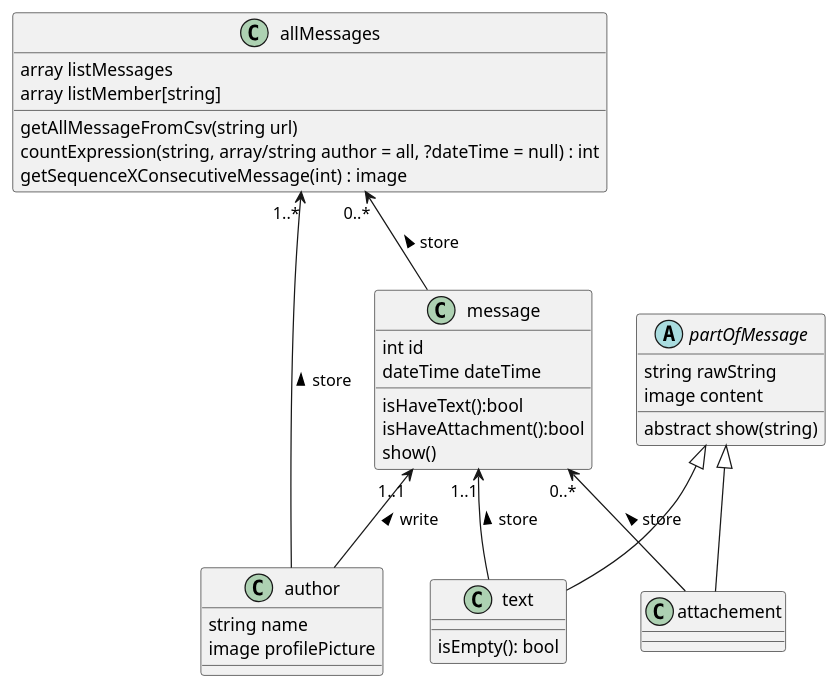
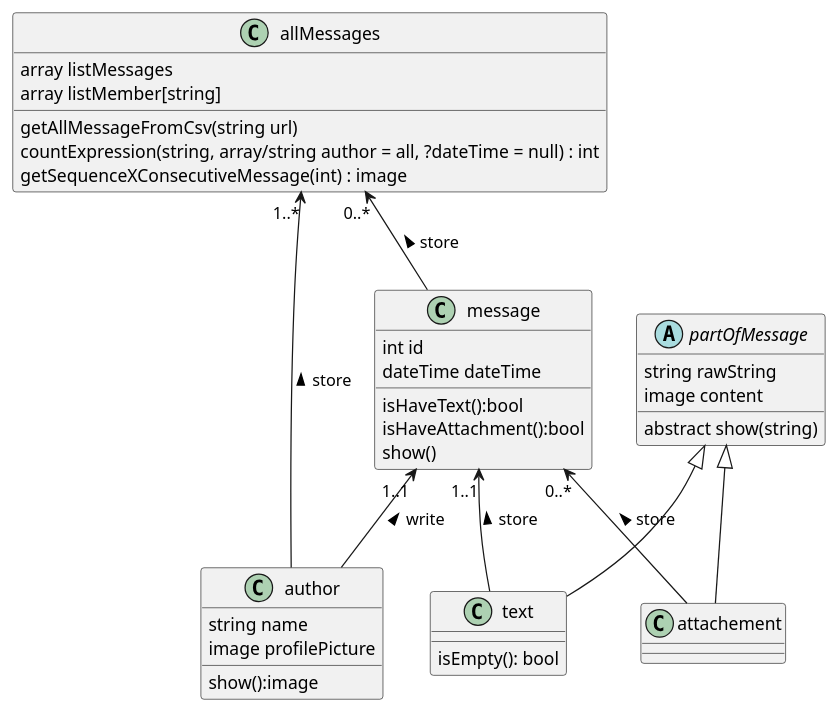
One commit to SNEAXIII/Discord-Conversation-Parsing changed the diagram in diags.puml. Above: the diagram before and after it, drawn with PlantUML.

```diff
--- a/diags.puml
+++ b/diags.puml
@@ -1,46 +1,47 @@
 @startuml
 
 class allMessages {
 array listMessages
 array listMember[string]
 getAllMessageFromCsv(string url)
 countExpression(string, array/string author = all, ?dateTime = null) : int
 getSequenceXConsecutiveMessage(int) : image
 }
 
 class message {
 int id
 dateTime dateTime
 isHaveText():bool
 isHaveAttachment():bool
 show()
 }
 
 abstract class partOfMessage {
 string rawString
 image content
 abstract show(string)
 }
 
 class attachement {
 }
 
 class text {
 isEmpty(): bool
 }
 
 class author {
 string name
 image profilePicture
+show():image
 }
 
 
 allMessages "0..*"<-- message : store <
 message "0..*"<-- attachement : store <
 message "1..1"<-- text : store <
 message "1..1"<-- author : write <
 allMessages "1..*"<-- author : store <
 partOfMessage <|-- attachement
 partOfMessage <|-- text
 
 @enduml
```
